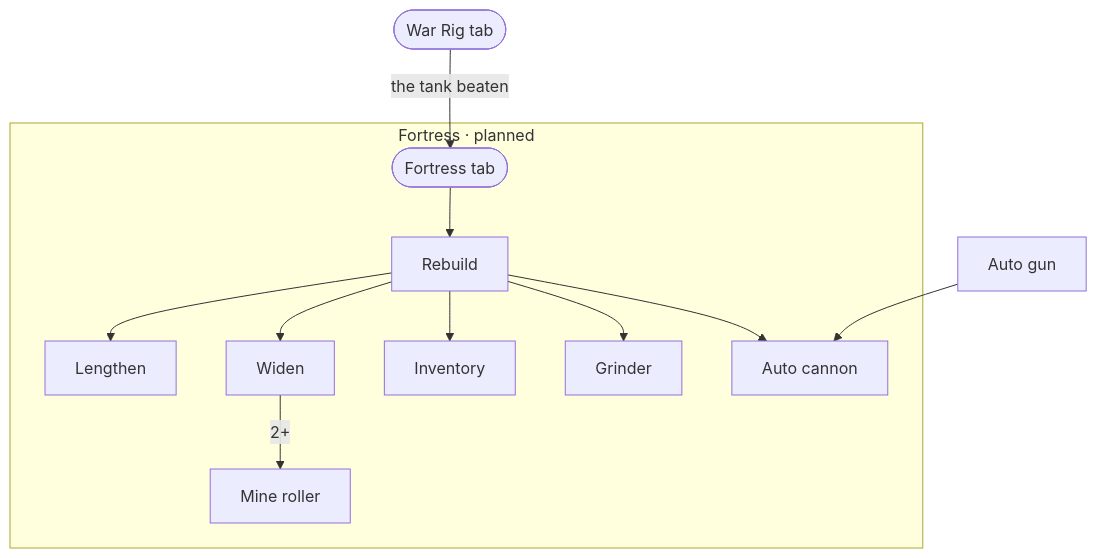
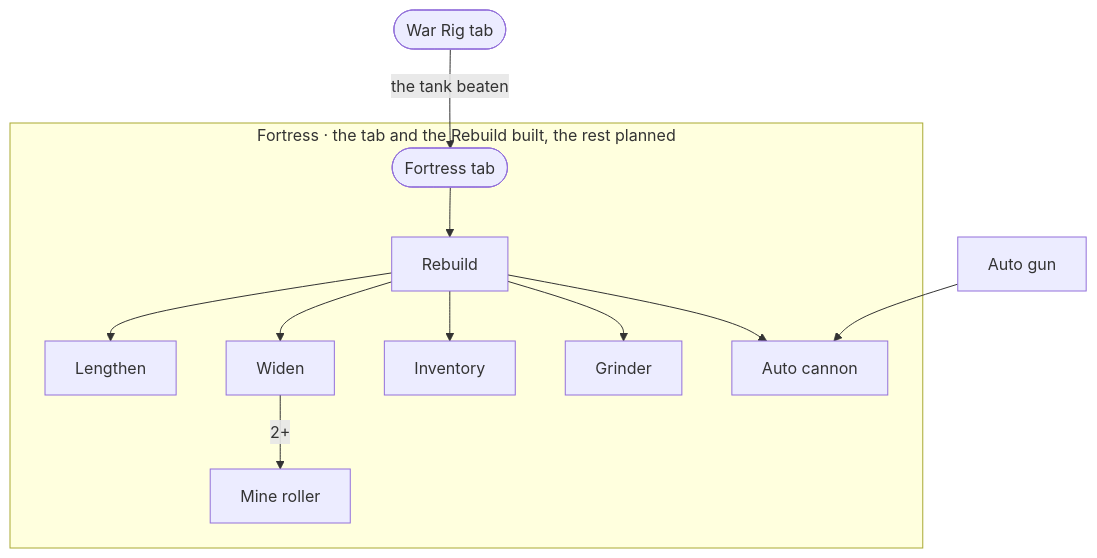
The second of 2 diagrams in docs/upgrade-graph.md (fulibacsi/rev-it), drawn with Mermaid before and after one commit. The commit also changed other lines of this file and 11 other files, not shown here.

````diff
--- a/docs/upgrade-graph.md
+++ b/docs/upgrade-graph.md
@@ -253,18 +255,18 @@
 ```mermaid
 flowchart TD
-  subgraph X["Fortress · planned"]
+  subgraph X["Fortress · the tab and the Rebuild built, the rest planned"]
     fortressTab(["Fortress tab"])
     rebuild["Rebuild"]
     lengthen["Lengthen"]
     widen["Widen"]
     inventory["Inventory"]
     grinder["Grinder"]
     roller["Mine roller"]
     autocannon["Auto cannon"]
   end
   warrig(["War Rig tab"]) -- "the tank beaten" --> fortressTab
   fortressTab --> rebuild
   rebuild --> lengthen & widen & inventory & grinder & autocannon
   widen -- "2+" --> roller
   autogun["Auto gun"] --> autocannon
 ```
````
